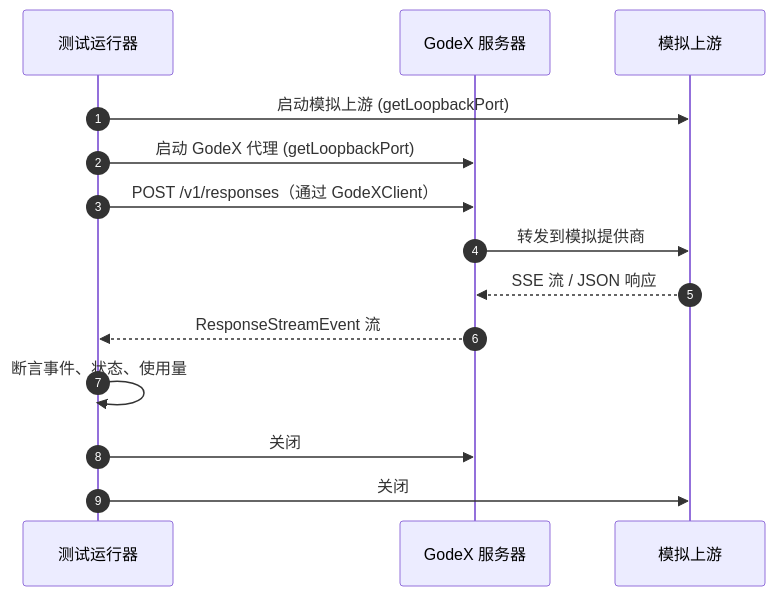
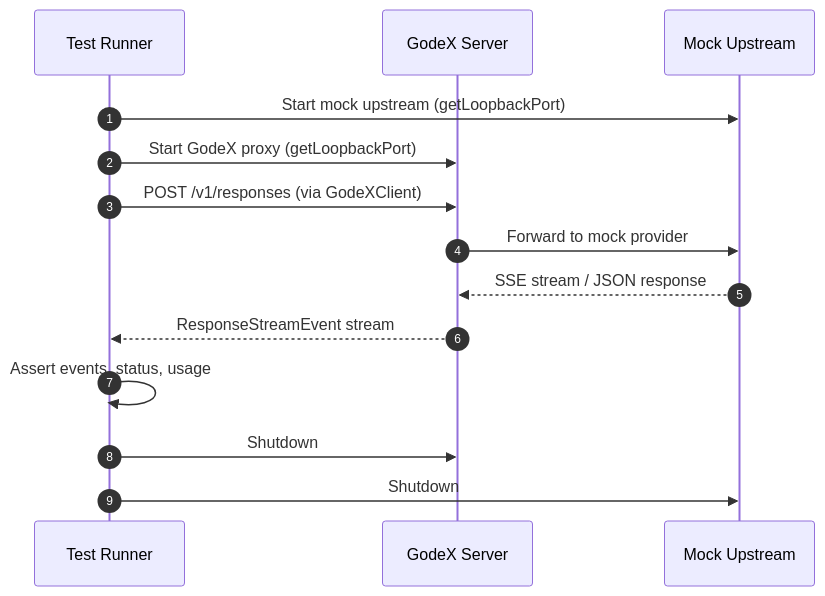
One commit to Ahoo-Wang/GodeX changed the third of 5 diagrams in wiki/zh/08-testing/testing.md. Above: the diagram before and after it, drawn with Mermaid. The commit also changed other lines of this file and 36 other files, not shown here.

````diff
--- a/wiki/zh/08-testing/testing.md
+++ b/wiki/zh/08-testing/testing.md
@@ -122,17 +122,17 @@
 ```mermaid
 sequenceDiagram
     autonumber
-    participant Test as 测试运行器
-    participant GodeX as GodeX 服务器
-    participant Mock as 模拟上游
+    participant Test as Test Runner
+    participant GodeX as GodeX Server
+    participant Mock as Mock Upstream
 
-    Test->>Mock: 启动模拟上游 (getLoopbackPort)
-    Test->>GodeX: 启动 GodeX 代理 (getLoopbackPort)
-    Test->>GodeX: POST /v1/responses（通过 GodeXClient）
-    GodeX->>Mock: 转发到模拟提供商
-    Mock-->>GodeX: SSE 流 / JSON 响应
-    GodeX-->>Test: ResponseStreamEvent 流
-    Test->>Test: 断言事件、状态、使用量
-    Test->>GodeX: 关闭
-    Test->>Mock: 关闭
+    Test->>Mock: Start mock upstream (getLoopbackPort)
+    Test->>GodeX: Start GodeX proxy (getLoopbackPort)
+    Test->>GodeX: POST /v1/responses (via GodeXClient)
+    GodeX->>Mock: Forward to mock provider
+    Mock-->>GodeX: SSE stream / JSON response
+    GodeX-->>Test: ResponseStreamEvent stream
+    Test->>Test: Assert events, status, usage
+    Test->>GodeX: Shutdown
+    Test->>Mock: Shutdown
 ```
````
